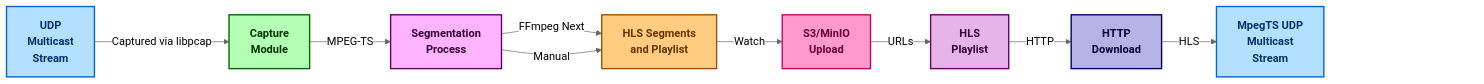
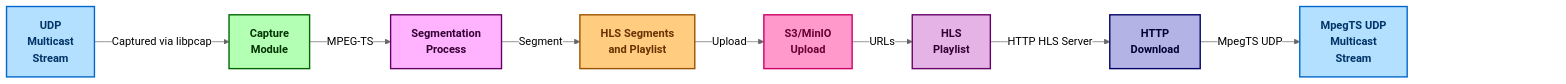
One commit to groovybits/mpegts_to_s3 changed the diagram in README.md. Above: the diagram before and after it, drawn with Mermaid (neutral theme). The commit also changed other lines of this file and 15 other files, not shown here.

````diff
--- a/README.md
+++ b/README.md
@@ -5,24 +5,23 @@
 ```mermaid
 graph LR
     A["UDP<br/>Multicast<br/>Stream"] -->|"Captured via libpcap"| B["Capture<br/>Module"]
     B -->|"MPEG-TS"| C["Segmentation<br/>Process"]
-    C -->|"FFmpeg Next"| D["HLS Segments<br/>and Playlist"]
-    C -->|"Manual"| D
-    D -->|"Watch"| E["S3/MinIO<br/>Upload"]
+    C -->|"Segment"| D["HLS Segments<br/>and Playlist"]
+    D -->|"Upload"| E["S3/MinIO<br/>Upload"]
     E -->|"URLs"| F["HLS<br/>Playlist"]
-    F -->|"HTTP"| G["HTTP<br/>Download"]
-    G -->|"HLS"| H["MpegTS UDP<br/>Multicast<br/>Stream"]
+    F -->|"HTTP HLS Server"| G["HTTP<br/>Download"]
+    G -->|"MpegTS UDP"| H["MpegTS UDP<br/>Multicast<br/>Stream"]
     H ~~~ Z1[" "]
     Z1 ~~~ Z2[" "]
 
     style A fill:#b3e0ff,stroke:#0066cc,stroke-width:2px,color:#003366,font-weight:bold
     style B fill:#b3ffb3,stroke:#006600,stroke-width:2px,color:#003300,font-weight:bold
     style C fill:#ffb3ff,stroke:#660066,stroke-width:2px,color:#330033,font-weight:bold
     style D fill:#ffcc80,stroke:#995200,stroke-width:2px,color:#663300,font-weight:bold
     style E fill:#ff99cc,stroke:#cc0066,stroke-width:2px,color:#660033,font-weight:bold
     style F fill:#e6b3e6,stroke:#660066,stroke-width:2px,color:#330033,font-weight:bold
     style G fill:#b3b3e6,stroke:#000066,stroke-width:2px,color:#000033,font-weight:bold
     style H fill:#b3e0ff,stroke:#0066cc,stroke-width:2px,color:#003366,font-weight:bold
     style Z1 fill:none,stroke:none,color:transparent
     style Z2 fill:none,stroke:none,color:transparent
 ```
````
